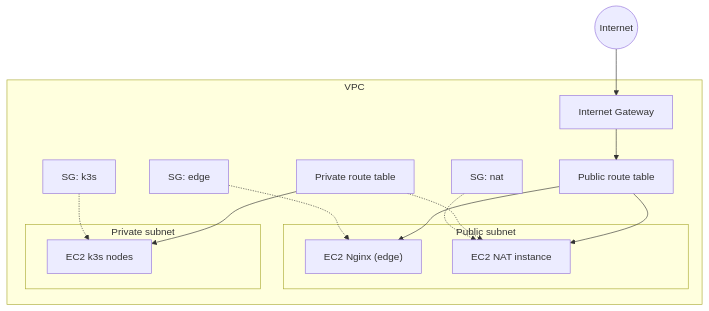
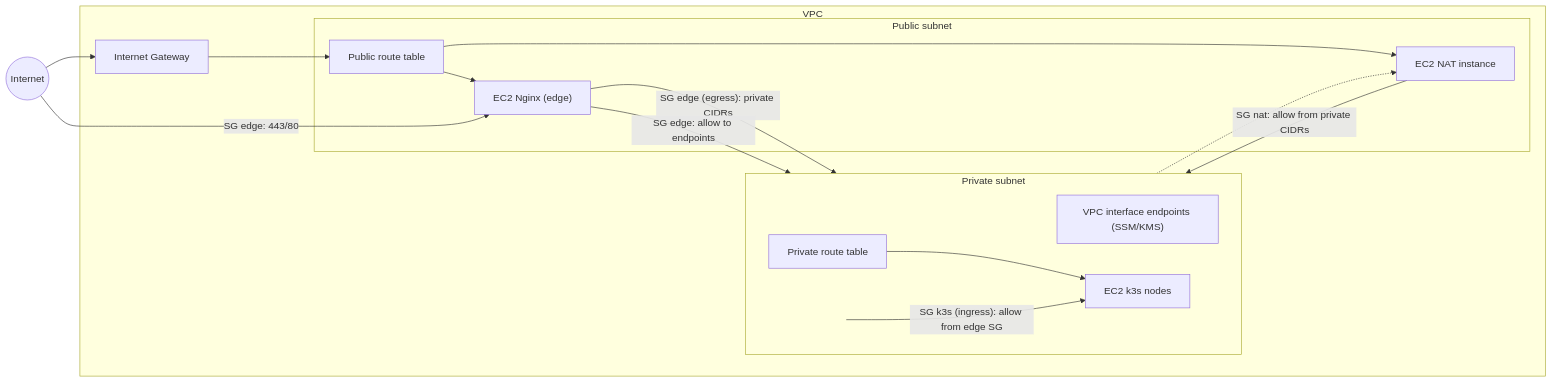
The second of 2 diagrams in docs/architecture/infrastructure.md (ClementV78/CloudRadar), drawn with Mermaid before and after one commit. The commit also changed other lines of this file and 2 other files, not shown here.

Commit message:
docs(adr): document edge SSM VPC endpoints

````diff
--- a/docs/architecture/infrastructure.md
+++ b/docs/architecture/infrastructure.md
@@ -33,35 +33,37 @@
 ```mermaid
-flowchart TB
+flowchart LR
   internet((Internet))
 
   subgraph VPC["VPC"]
     igw["Internet Gateway"]
 
     subgraph Public["Public subnet"]
       edge["EC2 Nginx (edge)"]
       nat["EC2 NAT instance"]
+      publicRT["Public route table"]
     end
 
     subgraph Private["Private subnet"]
+      direction LR
+      ssmEndpoints["VPC interface endpoints (SSM/KMS)"]
+      privateRT["Private route table"]
+      edgeToK3s[" "]
       k3s["EC2 k3s nodes"]
     end
-
-    publicRT["Public route table"]
-    privateRT["Private route table"]
-
-    edgeSG["SG: edge"]
-    natSG["SG: nat"]
-    k3sSG["SG: k3s"]
   end
 
   internet --> igw
   igw --> publicRT
   publicRT --> edge
   publicRT --> nat
   privateRT --> k3s
   privateRT -.-> nat
 
-  edgeSG -.-> edge
-  natSG -.-> nat
-  k3sSG -.-> k3s
+  internet -- "SG edge: 443/80" --> edge
+  edge -- "SG edge (egress): private CIDRs" --> edgeToK3s
+  edgeToK3s -- "SG k3s (ingress): allow from edge SG" --> k3s
+  edge -- "SG edge: allow to endpoints" --> ssmEndpoints
+  nat -- "SG nat: allow from private CIDRs" --> privateRT
+
+  style edgeToK3s fill:transparent,stroke:transparent,stroke-width:0px;
 ```
````
